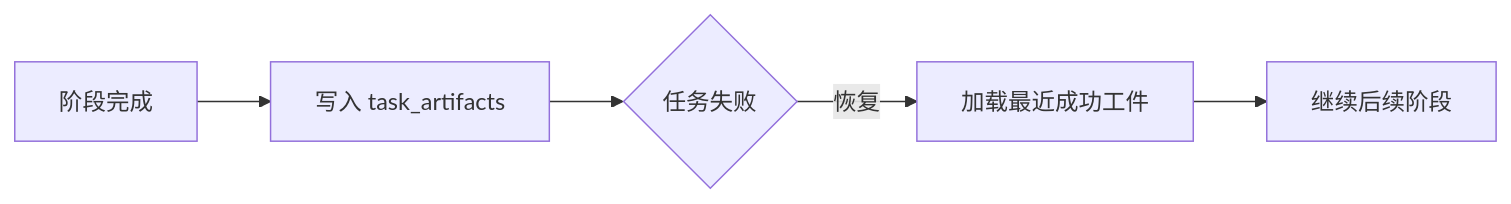
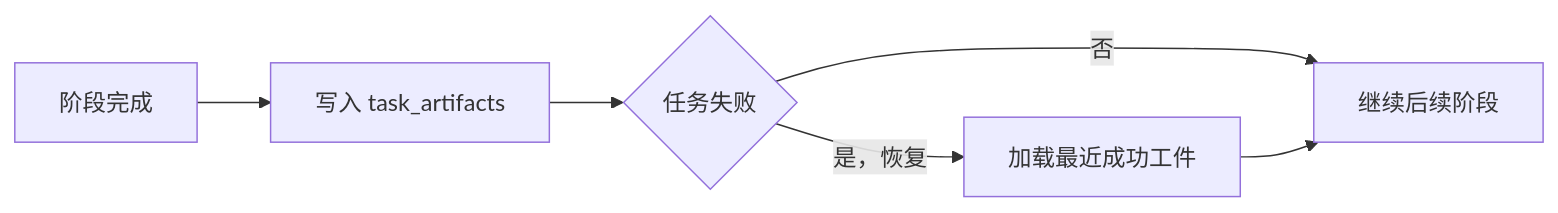
One commit to daohunliwei/Heimdall changed the second of 2 diagrams in docs/architecture/persistence/database-design.md. Above: the diagram before and after it, drawn with Mermaid. The commit also changed 4 other files, not shown here.

First line of the commit message:
doc: 修复架构文档链接跳转与Mermaid语法错误

````diff
--- a/docs/architecture/persistence/database-design.md
+++ b/docs/architecture/persistence/database-design.md
@@ -64,7 +64,8 @@
 ```mermaid
 flowchart LR
     Stage[阶段完成] --> Artifact[写入 task_artifacts]
     Artifact --> Failure{任务失败}
-    Failure -->|恢复| Load[加载最近成功工件]
-    Load --> Continue[继续后续阶段]
+    Failure -->|否| Continue[继续后续阶段]
+    Failure -->|是，恢复| Load[加载最近成功工件]
+    Load --> Continue
 ```
````
